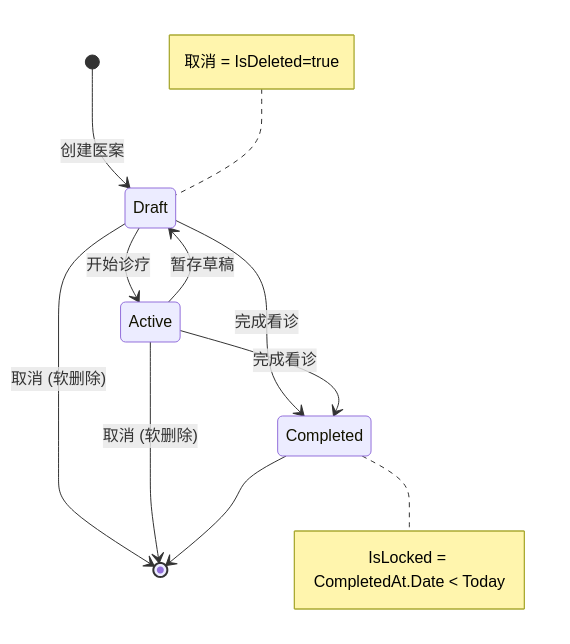
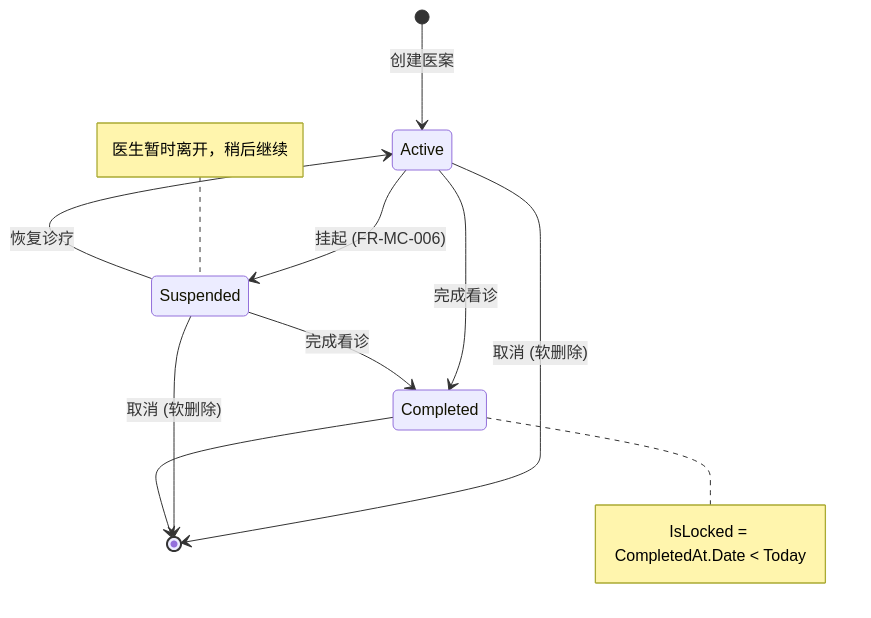
The diagram in docs/02-requirements/medical-cases.md (shouqitao/LYBTZYZS), drawn with Mermaid before and after one commit. The commit also changed other lines of this file and 72 other files, not shown here.

````diff
--- a/docs/02-requirements/medical-cases.md
+++ b/docs/02-requirements/medical-cases.md
@@ -354,14 +354,14 @@
 ```mermaid
 stateDiagram-v2
-    [*] --> Draft: 创建医案
-    Draft --> Active: 开始诊疗
-    Active --> Draft: 暂存草稿
-    Draft --> Completed: 完成看诊
+    [*] --> Active: 创建医案
+    Active --> Suspended: 挂起 (FR-MC-006)
+    Suspended --> Active: 恢复诊疗
     Active --> Completed: 完成看诊
-    Draft --> [*]: 取消 (软删除)
+    Suspended --> Completed: 完成看诊
     Active --> [*]: 取消 (软删除)
+    Suspended --> [*]: 取消 (软删除)
     Completed --> [*]
 
     note right of Completed: IsLocked = CompletedAt.Date < Today
-    note left of Draft: 取消 = IsDeleted=true
+    note left of Suspended: 医生暂时离开，稍后继续
 ```
````
